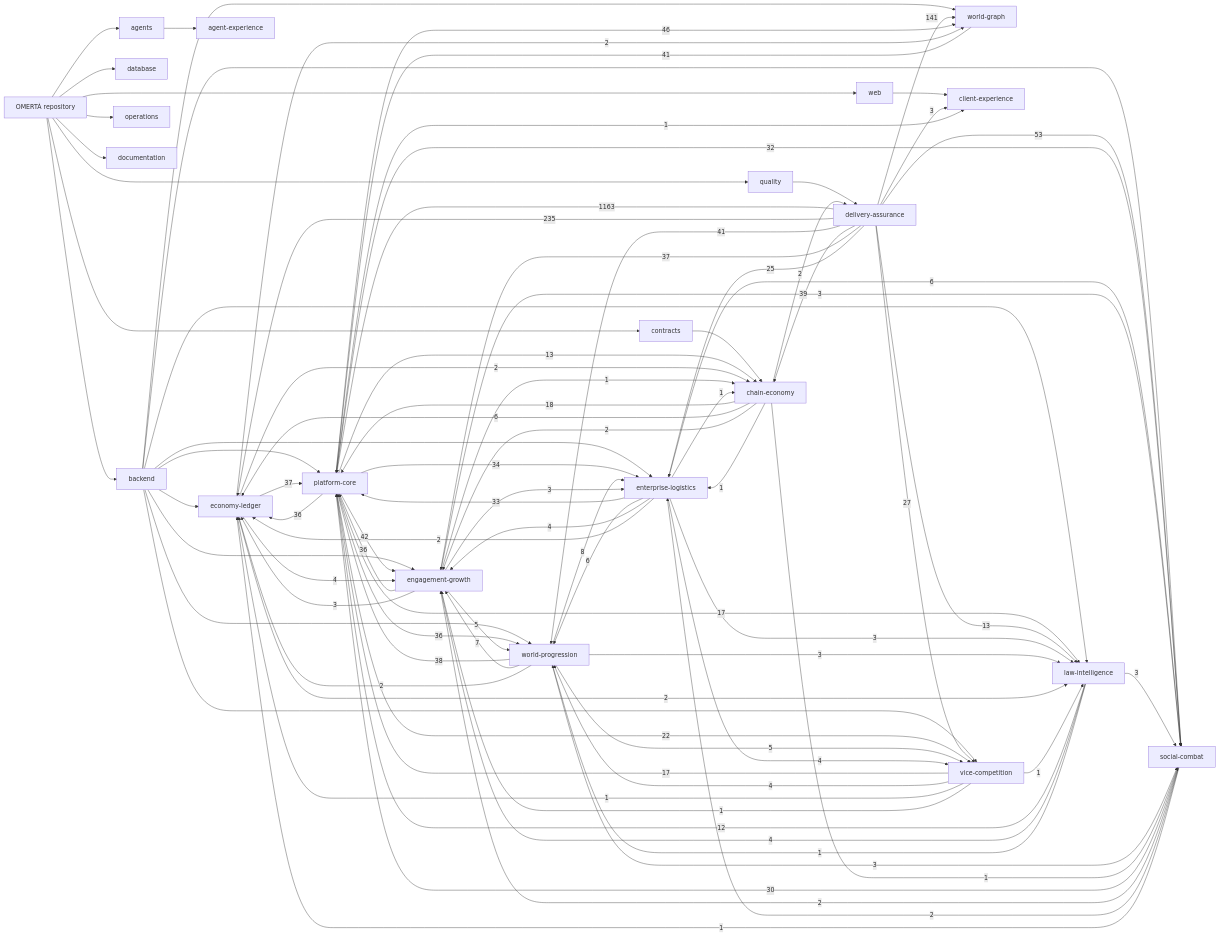
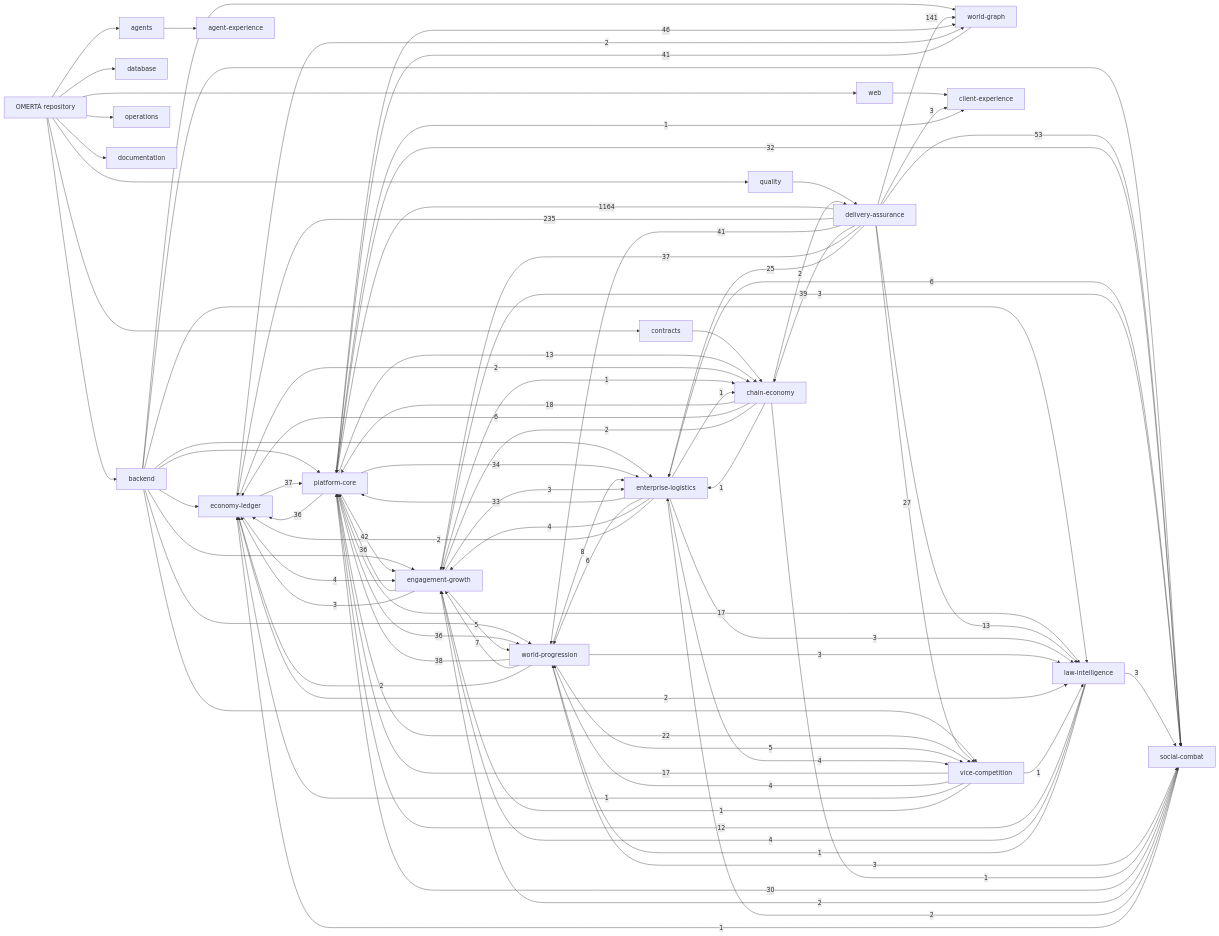
The diagram in knowledge/generated/graph.mmd (OmertaDev/Omerta), drawn with Mermaid before and after one commit. The commit also changed 5 other files, not shown here.

```diff
--- a/knowledge/generated/graph.mmd
+++ b/knowledge/generated/graph.mmd
@@ -1,111 +1,111 @@
 flowchart LR
   repo["OMERTÀ repository"]
   sub_backend["backend"]
   repo --> sub_backend
   sub_database["database"]
   repo --> sub_database
   sub_web["web"]
   repo --> sub_web
   sub_contracts["contracts"]
   repo --> sub_contracts
   sub_agents["agents"]
   repo --> sub_agents
   sub_quality["quality"]
   repo --> sub_quality
   sub_operations["operations"]
   repo --> sub_operations
   sub_documentation["documentation"]
   repo --> sub_documentation
   dom_platform-core["platform-core"]
   dom_economy-ledger["economy-ledger"]
   dom_social-combat["social-combat"]
   dom_world-progression["world-progression"]
   dom_world-graph["world-graph"]
   dom_enterprise-logistics["enterprise-logistics"]
   dom_vice-competition["vice-competition"]
   dom_law-intelligence["law-intelligence"]
   dom_chain-economy["chain-economy"]
   dom_engagement-growth["engagement-growth"]
   dom_client-experience["client-experience"]
   dom_agent-experience["agent-experience"]
   dom_delivery-assurance["delivery-assurance"]
   sub_agents --> dom_agent-experience
   sub_backend --> dom_economy-ledger
   sub_backend --> dom_engagement-growth
   sub_backend --> dom_enterprise-logistics
   sub_backend --> dom_law-intelligence
   sub_backend --> dom_platform-core
   sub_backend --> dom_social-combat
   sub_backend --> dom_vice-competition
   sub_backend --> dom_world-graph
   sub_backend --> dom_world-progression
   sub_contracts --> dom_chain-economy
   sub_quality --> dom_delivery-assurance
   sub_web --> dom_client-experience
-  dom_delivery-assurance -->|1163| dom_platform-core
+  dom_delivery-assurance -->|1164| dom_platform-core
   dom_delivery-assurance -->|235| dom_economy-ledger
   dom_delivery-assurance -->|141| dom_world-graph
   dom_delivery-assurance -->|53| dom_social-combat
   dom_platform-core -->|46| dom_world-graph
   dom_platform-core -->|42| dom_engagement-growth
   dom_delivery-assurance -->|41| dom_world-progression
   dom_world-graph -->|41| dom_platform-core
   dom_delivery-assurance -->|39| dom_chain-economy
   dom_world-progression -->|38| dom_platform-core
   dom_delivery-assurance -->|37| dom_engagement-growth
   dom_economy-ledger -->|37| dom_platform-core
   dom_engagement-growth -->|36| dom_platform-core
   dom_platform-core -->|36| dom_economy-ledger
   dom_platform-core -->|36| dom_world-progression
   dom_platform-core -->|34| dom_enterprise-logistics
   dom_enterprise-logistics -->|33| dom_platform-core
   dom_platform-core -->|32| dom_social-combat
   dom_social-combat -->|30| dom_platform-core
   dom_delivery-assurance -->|27| dom_vice-competition
   dom_delivery-assurance -->|25| dom_enterprise-logistics
   dom_platform-core -->|22| dom_vice-competition
   dom_chain-economy -->|18| dom_platform-core
   dom_platform-core -->|17| dom_law-intelligence
   dom_vice-competition -->|17| dom_platform-core
   dom_delivery-assurance -->|13| dom_law-intelligence
   dom_platform-core -->|13| dom_chain-economy
   dom_law-intelligence -->|12| dom_platform-core
   dom_world-progression -->|8| dom_enterprise-logistics
   dom_world-progression -->|7| dom_engagement-growth
   dom_chain-economy -->|6| dom_economy-ledger
   dom_enterprise-logistics -->|6| dom_social-combat
   dom_enterprise-logistics -->|6| dom_world-progression
   dom_engagement-growth -->|5| dom_world-progression
   dom_world-progression -->|5| dom_vice-competition
   dom_economy-ledger -->|4| dom_engagement-growth
   dom_enterprise-logistics -->|4| dom_engagement-growth
   dom_enterprise-logistics -->|4| dom_vice-competition
   dom_law-intelligence -->|4| dom_engagement-growth
   dom_vice-competition -->|4| dom_world-progression
   dom_delivery-assurance -->|3| dom_client-experience
   dom_engagement-growth -->|3| dom_economy-ledger
   dom_engagement-growth -->|3| dom_enterprise-logistics
   dom_engagement-growth -->|3| dom_social-combat
   dom_enterprise-logistics -->|3| dom_law-intelligence
   dom_law-intelligence -->|3| dom_social-combat
   dom_world-progression -->|3| dom_law-intelligence
   dom_world-progression -->|3| dom_social-combat
   dom_chain-economy -->|2| dom_delivery-assurance
   dom_chain-economy -->|2| dom_engagement-growth
   dom_economy-ledger -->|2| dom_chain-economy
   dom_economy-ledger -->|2| dom_law-intelligence
   dom_economy-ledger -->|2| dom_world-graph
   dom_enterprise-logistics -->|2| dom_economy-ledger
   dom_social-combat -->|2| dom_engagement-growth
   dom_social-combat -->|2| dom_enterprise-logistics
   dom_world-progression -->|2| dom_economy-ledger
   dom_chain-economy -->|1| dom_enterprise-logistics
   dom_chain-economy -->|1| dom_social-combat
   dom_engagement-growth -->|1| dom_chain-economy
   dom_enterprise-logistics -->|1| dom_chain-economy
   dom_law-intelligence -->|1| dom_world-progression
   dom_platform-core -->|1| dom_client-experience
   dom_social-combat -->|1| dom_economy-ledger
   dom_vice-competition -->|1| dom_economy-ledger
   dom_vice-competition -->|1| dom_engagement-growth
   dom_vice-competition -->|1| dom_law-intelligence
```
